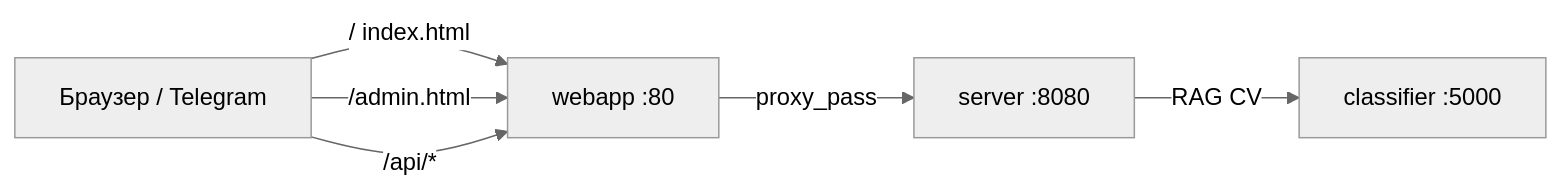
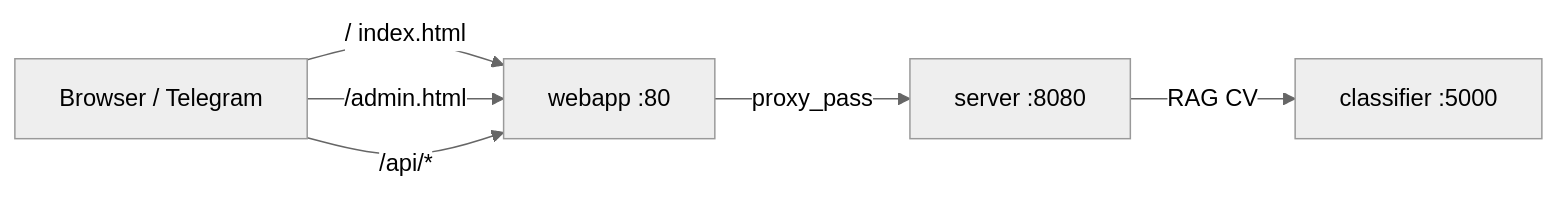
One commit to kantik001/grounded_horticulture_en changed the diagram in docs/knowledge-base/webapp-overview.md. Above: the diagram before and after it, drawn with Mermaid (neutral theme). The commit also changed other lines of this file and 189 other files, not shown here.

````diff
--- a/docs/knowledge-base/webapp-overview.md
+++ b/docs/knowledge-base/webapp-overview.md
@@ -21,13 +21,13 @@
 ```mermaid
 flowchart LR
-    Browser["Браузер / Telegram"]
+    Browser["Browser / Telegram"]
     Nginx["webapp :80"]
     Go["server :8080"]
     Py["classifier :5000"]
 
     Browser -->|"/" index.html| Nginx
     Browser -->|"/admin.html"| Nginx
     Browser -->|"/api/*"| Nginx
     Nginx -->|proxy_pass| Go
     Go -->|RAG CV| Py
 ```
````
